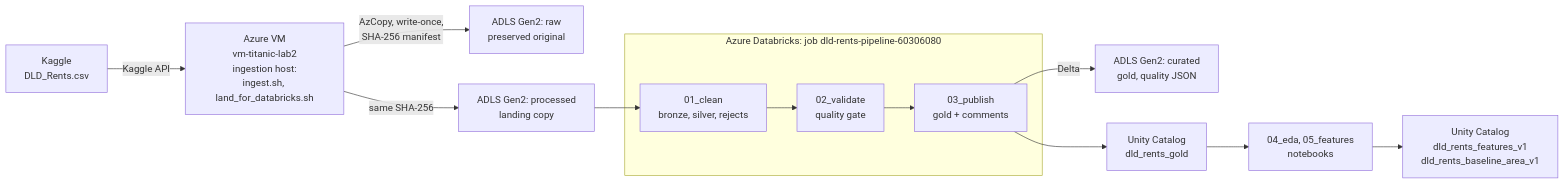
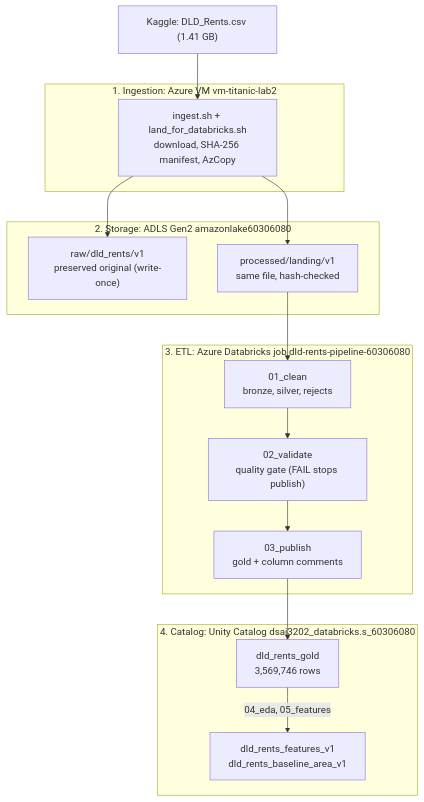
Before and after one commit to MohamadZain/dubai-rent-pipeline: the diagram in README.md, drawn with Mermaid.

Commit message:
Updated mermaid of README

````diff
--- a/README.md
+++ b/README.md
@@ -76,14 +76,30 @@
 ```mermaid
-flowchart LR
-    K["Kaggle<br/>DLD_Rents.csv"] -->|Kaggle API| VM["Azure VM<br/>vm-titanic-lab2<br/>ingestion host:<br/>ingest.sh, land_for_databricks.sh"]
-    VM -->|AzCopy, write-once,<br/>SHA-256 manifest| RAW["ADLS Gen2: raw<br/>preserved original"]
-    VM -->|same SHA-256| LAND["ADLS Gen2: processed<br/>landing copy"]
-    subgraph DBX["Azure Databricks: job dld-rents-pipeline-60306080"]
-        JOB["01_clean<br/>bronze, silver, rejects"] --> VAL["02_validate<br/>quality gate"] --> PUB["03_publish<br/>gold + comments"]
+flowchart TB
+    K["Kaggle: DLD_Rents.csv (1.41 GB)"]
+
+    subgraph ING["1. Ingestion: Azure VM vm-titanic-lab2"]
+        VM["ingest.sh + land_for_databricks.sh<br/>download, SHA-256 manifest, AzCopy"]
     end
+
+    subgraph LAKE["2. Storage: ADLS Gen2 amazonlake60306080"]
+        RAW["raw/dld_rents/v1<br/>preserved original (write-once)"]
+        LAND["processed/landing/v1<br/>same file, hash-checked"]
+    end
+
+    subgraph DBX["3. ETL: Azure Databricks job dld-rents-pipeline-60306080"]
+        JOB["01_clean<br/>bronze, silver, rejects"] --> VAL["02_validate<br/>quality gate (FAIL stops publish)"]
+        VAL --> PUB["03_publish<br/>gold + column comments"]
+    end
+
+    subgraph UCAT["4. Catalog: Unity Catalog dsai3202_databricks.s_60306080"]
+        GOLD["dld_rents_gold<br/>3,569,746 rows"]
+        FEAT["dld_rents_features_v1<br/>dld_rents_baseline_area_v1"]
+    end
+
+    K --> VM
+    VM --> RAW
+    VM --> LAND
     LAND --> JOB
-    PUB -->|Delta| CUR["ADLS Gen2: curated<br/>gold, quality JSON"]
-    PUB --> UC["Unity Catalog<br/>dld_rents_gold"]
-    UC --> NB["04_eda, 05_features<br/>notebooks"]
-    NB --> UC2["Unity Catalog<br/>dld_rents_features_v1<br/>dld_rents_baseline_area_v1"]
+    PUB --> GOLD
+    GOLD -->|04_eda, 05_features| FEAT
 ```
````
